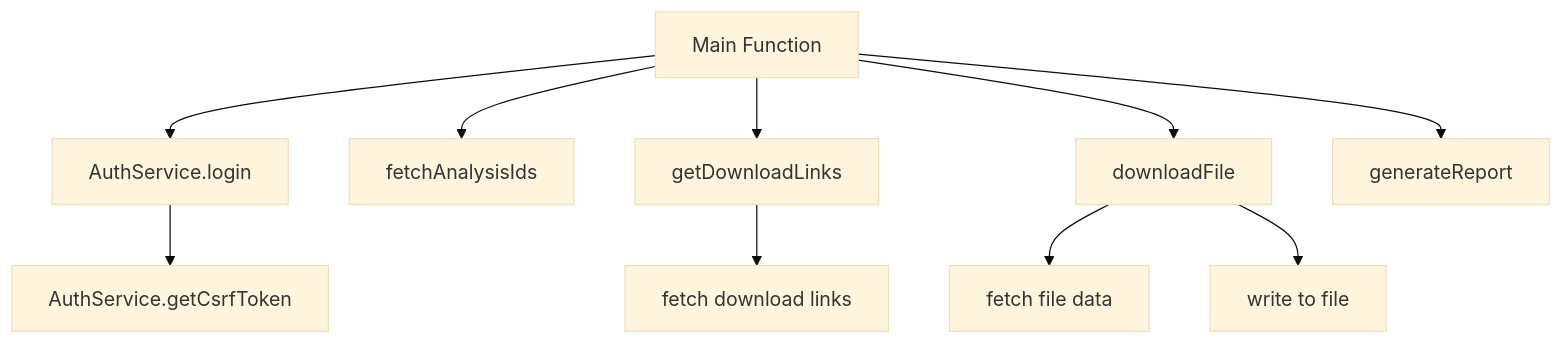
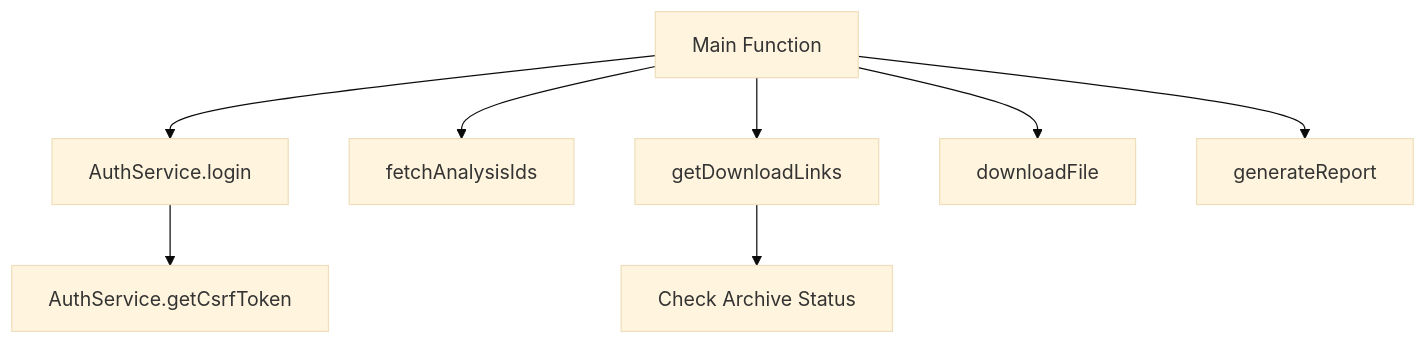
Before and after one commit to LaborBerlin/varvis-download: the first of 2 diagrams in README.md, drawn with Mermaid (base theme). The commit also changed other lines of this file, not shown here.

````diff
--- a/README.md
+++ b/README.md
@@ -140,12 +245,10 @@
 ```mermaid
 graph TD;
     A[Main Function] --> B[AuthService.login]
     B --> C[AuthService.getCsrfToken]
     A --> D[fetchAnalysisIds]
     A --> E[getDownloadLinks]
-    E --> F[fetch download links]
+    E --> F[Check Archive Status]
     A --> G[downloadFile]
-    G --> H[fetch file data]
-    G --> I[write to file]
-    A --> J[generateReport]
+    A --> H[generateReport]
 ```
````
